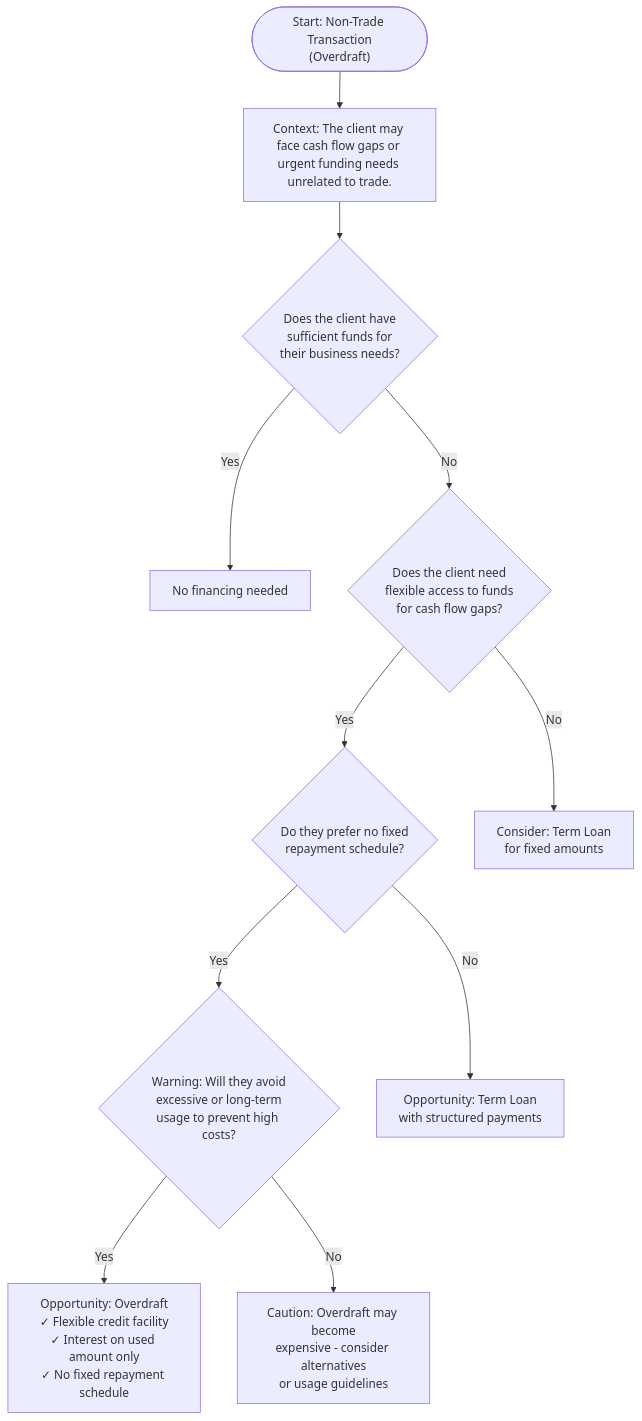
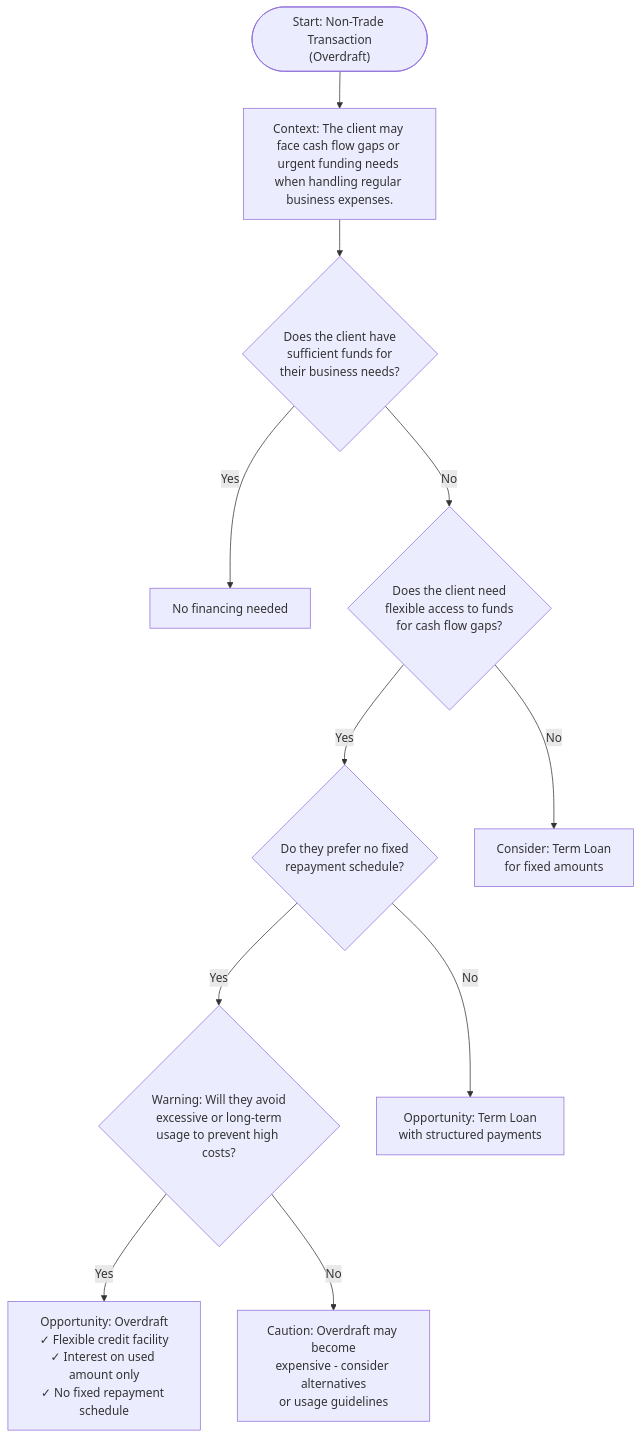
Before and after one commit to sage-develop/why: the diagram in tvc_decision_trees/loan_non_trade_tree.md/loan_non_trade_tree.md, drawn with Mermaid. The commit also changed 1 other file, not shown here.

Commit message:
update context for overdraft

````diff
--- a/tvc_decision_trees/loan_non_trade_tree.md/loan_non_trade_tree.md
+++ b/tvc_decision_trees/loan_non_trade_tree.md/loan_non_trade_tree.md
@@ -9,14 +9,14 @@
 ```mermaid
 flowchart TD
-    Start(["Start: Non-Trade Transaction<br>(Overdraft)"]) --> Context["Context: The client may face cash flow gaps or urgent funding needs unrelated to trade."]
+    Start(["Start: Non-Trade Transaction<br>(Overdraft)"]) --> Context["Context: The client may face cash flow gaps or urgent funding needs when handling regular business expenses."]
 
     Context --> Q0{"Does the client have<br>sufficient funds for<br>their business needs?"}
     Q0 -- Yes --> NoLoan["No financing needed"]
     Q0 -- No --> Q1{"Does the client need<br>flexible access to funds<br>for cash flow gaps?"}
     Q1 -- Yes --> Q2{"Do they prefer no fixed<br>repayment schedule?"}
     Q1 -- No --> NotSuitable1["Consider: Term Loan<br>for fixed amounts"]
     Q2 -- Yes --> Warning{"Warning: Will they avoid<br>excessive or long-term<br>usage to prevent high costs?"}
     Q2 -- No --> NotSuitable2["Opportunity: Term Loan<br>with structured payments"]
     Warning -- Yes --> Overdraft["Opportunity: Overdraft<br>✓ Flexible credit facility<br>✓ Interest on used amount only<br>✓ No fixed repayment schedule"]
     Warning -- No --> Caution["Caution: Overdraft may become<br>expensive - consider alternatives<br>or usage guidelines"]
 ```
````
